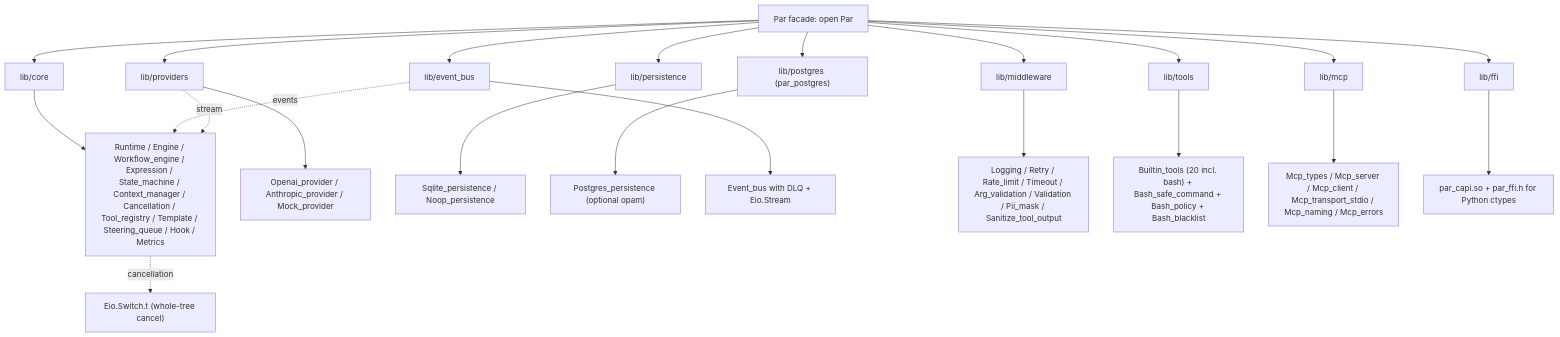
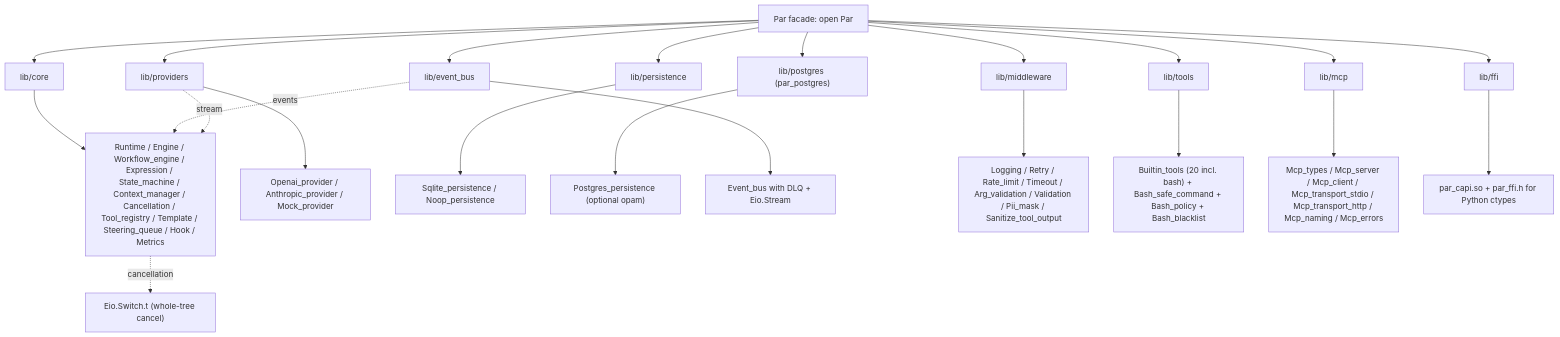
Before and after one commit to jcz2020/par: the diagram in docs/sdk/overview.md, drawn with Mermaid. The commit also changed other lines of this file and 8 other files, not shown here.

First line of the commit message:
docs: update 9 doc files for HTTP/SSE transport + fix Runtime.bus references (P0-4, P1-3)

````diff
--- a/docs/sdk/overview.md
+++ b/docs/sdk/overview.md
@@ -22,25 +22,25 @@
 ```mermaid
 graph TD
   P["Par facade: open Par"]
   P --> CORE["lib/core"]
   P --> PROV["lib/providers"]
   P --> PERS["lib/persistence"]
   P --> POST["lib/postgres (par_postgres)"]
   P --> EVB["lib/event_bus"]
   P --> MID["lib/middleware"]
   P --> TOOL["lib/tools"]
   P --> MCP["lib/mcp"]
   P --> FFI["lib/ffi"]
   CORE --> RT["Runtime / Engine / Workflow_engine / Expression / State_machine / Context_manager / Cancellation / Tool_registry / Template / Steering_queue / Hook / Metrics"]
   PROV --> PROV_API["Openai_provider / Anthropic_provider / Mock_provider"]
   PERS --> PERS_API["Sqlite_persistence / Noop_persistence"]
   POST --> POST_API["Postgres_persistence (optional opam)"]
   EVB --> EVB_API["Event_bus with DLQ + Eio.Stream"]
   MID --> MID_API["Logging / Retry / Rate_limit / Timeout / Arg_validation / Validation / Pii_mask / Sanitize_tool_output"]
   TOOL --> TOOL_API["Builtin_tools (20 incl. bash) + Bash_safe_command + Bash_policy + Bash_blacklist"]
-  MCP --> MCP_API["Mcp_types / Mcp_server / Mcp_client / Mcp_transport_stdio / Mcp_naming / Mcp_errors"]
+  MCP --> MCP_API["Mcp_types / Mcp_server / Mcp_client / Mcp_transport_stdio / Mcp_transport_http / Mcp_naming / Mcp_errors"]
   FFI --> FFI_API["par_capi.so + par_ffi.h for Python ctypes"]
   RT -.cancellation.-> EIO["Eio.Switch.t (whole-tree cancel)"]
   EVB -.events.-> RT
   PROV -.stream.-> RT
 ```
````
